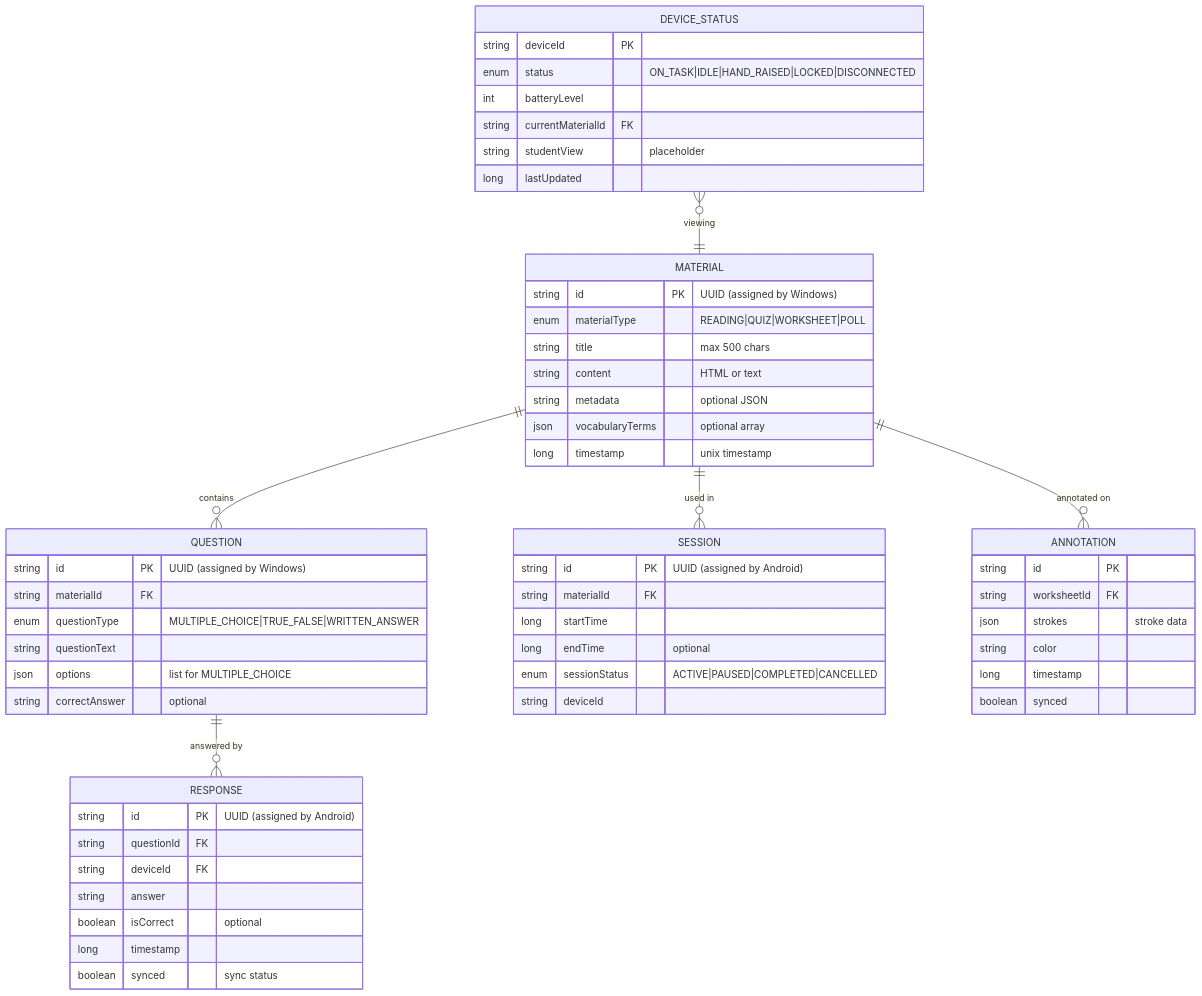
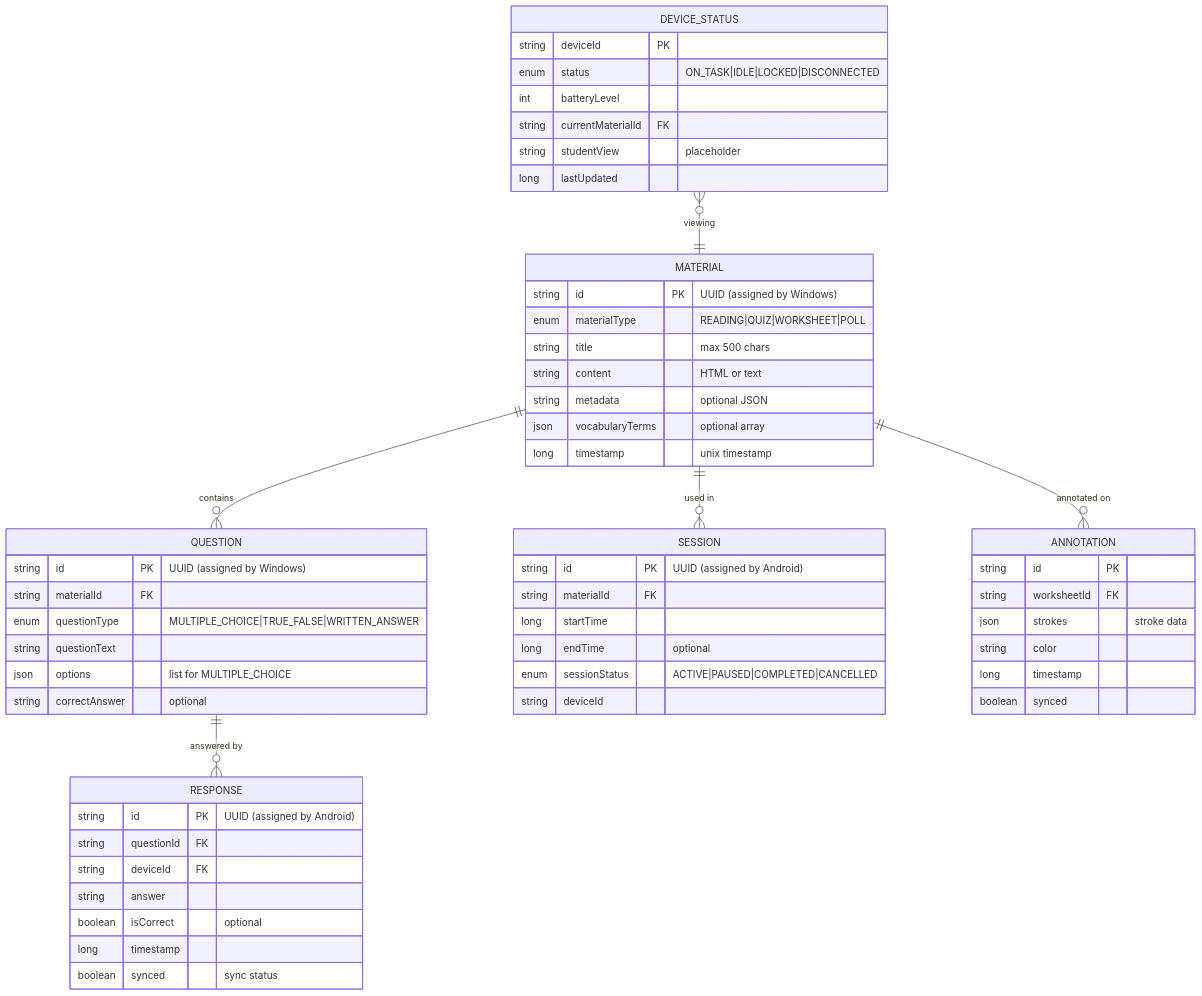
One commit to raphaellith/Manuscripta changed the first of 13 diagrams in docs/Android System Design.md. Above: the diagram before and after it, drawn with Mermaid. The commit also changed other lines of this file, not shown here.

First line of the commit message:
docs: remove HAND_RAISED state from Android system design

````diff
--- a/docs/Android System Design.md
+++ b/docs/Android System Design.md
@@ -23,64 +23,64 @@
 ```mermaid
 erDiagram
     MATERIAL {
         string id PK "UUID (assigned by Windows)"
         enum materialType "READING|QUIZ|WORKSHEET|POLL"
         string title "max 500 chars"
         string content "HTML or text"
         string metadata "optional JSON"
         json vocabularyTerms "optional array"
         long timestamp "unix timestamp"
     }
     
     QUESTION {
         string id PK "UUID (assigned by Windows)"
         string materialId FK
         enum questionType "MULTIPLE_CHOICE|TRUE_FALSE|WRITTEN_ANSWER"
         string questionText
         json options "list for MULTIPLE_CHOICE"
         string correctAnswer "optional"
     }
     
     RESPONSE {
         string id PK "UUID (assigned by Android)"
         string questionId FK
         string deviceId FK
         string answer
         boolean isCorrect "optional"
         long timestamp
         boolean synced "sync status"
     }
     
     SESSION {
         string id PK "UUID (assigned by Android)"
         string materialId FK
         long startTime
         long endTime "optional"
         enum sessionStatus "ACTIVE|PAUSED|COMPLETED|CANCELLED"
         string deviceId
     }
     
     DEVICE_STATUS {
         string deviceId PK
-        enum status "ON_TASK|IDLE|HAND_RAISED|LOCKED|DISCONNECTED"
+        enum status "ON_TASK|IDLE|LOCKED|DISCONNECTED"
         int batteryLevel
         string currentMaterialId FK
         string studentView "placeholder"
         long lastUpdated
     }
     
     ANNOTATION {
         string id PK
         string worksheetId FK
         json strokes "stroke data"
         string color
         long timestamp
         boolean synced
     }
     
     MATERIAL ||--o{ QUESTION : "contains"
     MATERIAL ||--o{ SESSION : "used in"
     QUESTION ||--o{ RESPONSE : "answered by"
     MATERIAL ||--o{ ANNOTATION : "annotated on"
     DEVICE_STATUS }o--|| MATERIAL : "viewing"
 ```
````
